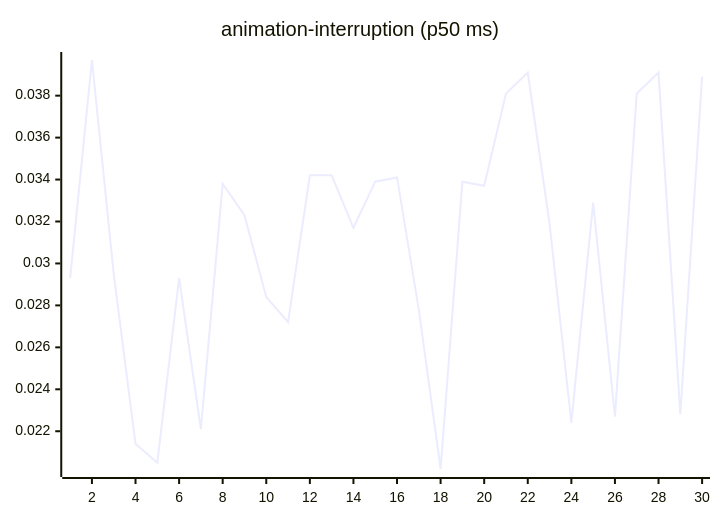
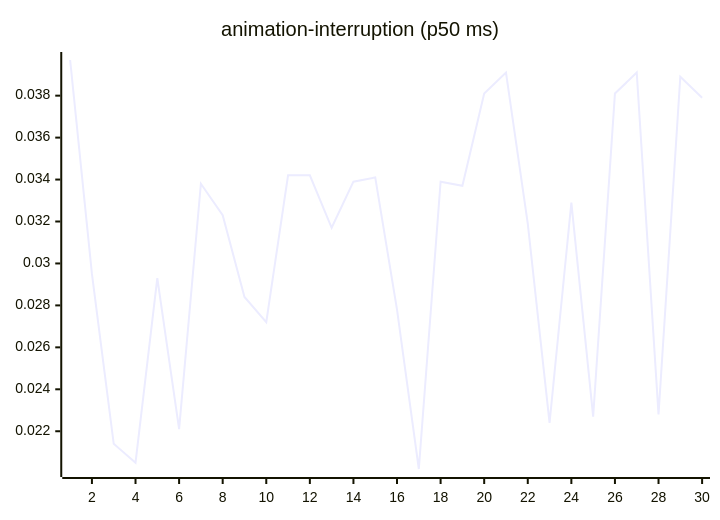
Before and after one commit to josha/Facet: the third of 27 diagrams in README.md, drawn with Mermaid. The commit also changed other lines of this file and 2 other files, not shown here.

````diff
--- a/README.md
+++ b/README.md
@@ -77,6 +77,6 @@
 ```mermaid
 xychart-beta
     title "animation-interruption (p50 ms)"
     x-axis 1 --> 30
-    line [0.0293, 0.0397, 0.0295, 0.0214, 0.0205, 0.0293, 0.0221, 0.0338, 0.0323, 0.0284, 0.0272, 0.0342, 0.0342, 0.0317, 0.0339, 0.0341, 0.0278, 0.0202, 0.0339, 0.0337, 0.0381, 0.0391, 0.0319, 0.0224, 0.0329, 0.0227, 0.0381, 0.0391, 0.0228, 0.0389]
+    line [0.0397, 0.0295, 0.0214, 0.0205, 0.0293, 0.0221, 0.0338, 0.0323, 0.0284, 0.0272, 0.0342, 0.0342, 0.0317, 0.0339, 0.0341, 0.0278, 0.0202, 0.0339, 0.0337, 0.0381, 0.0391, 0.0319, 0.0224, 0.0329, 0.0227, 0.0381, 0.0391, 0.0228, 0.0389, 0.0379]
 ```
````
